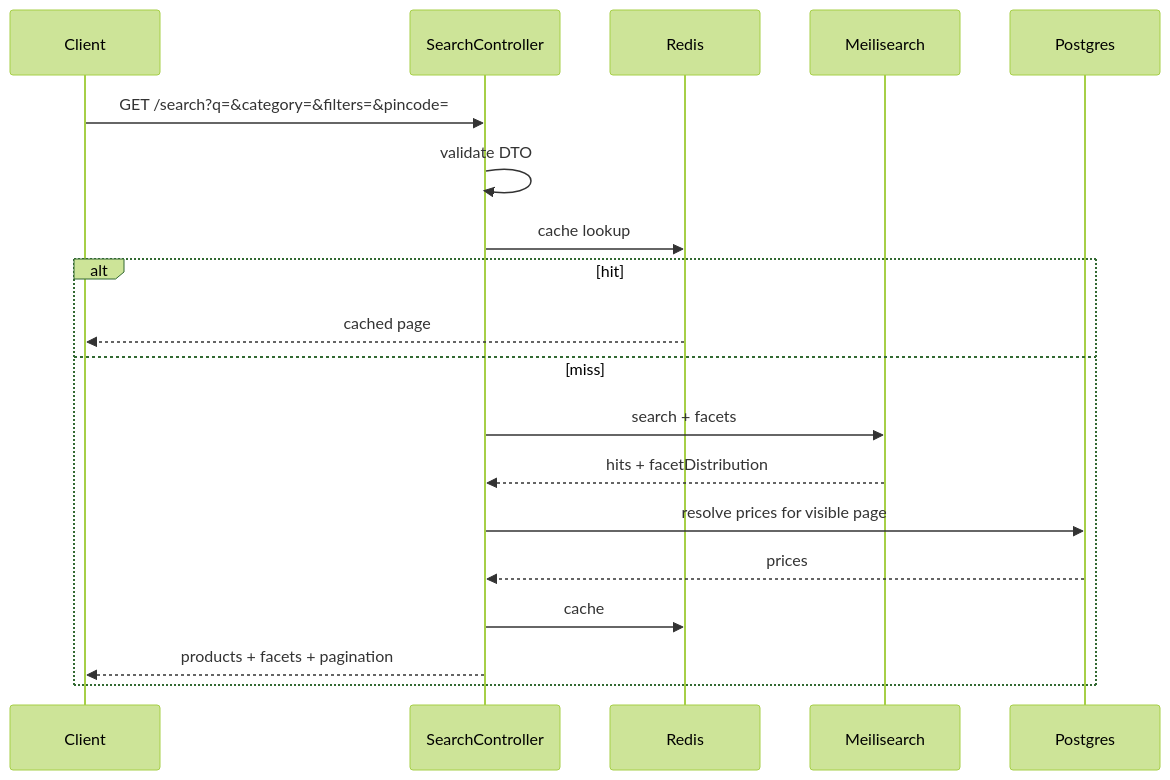
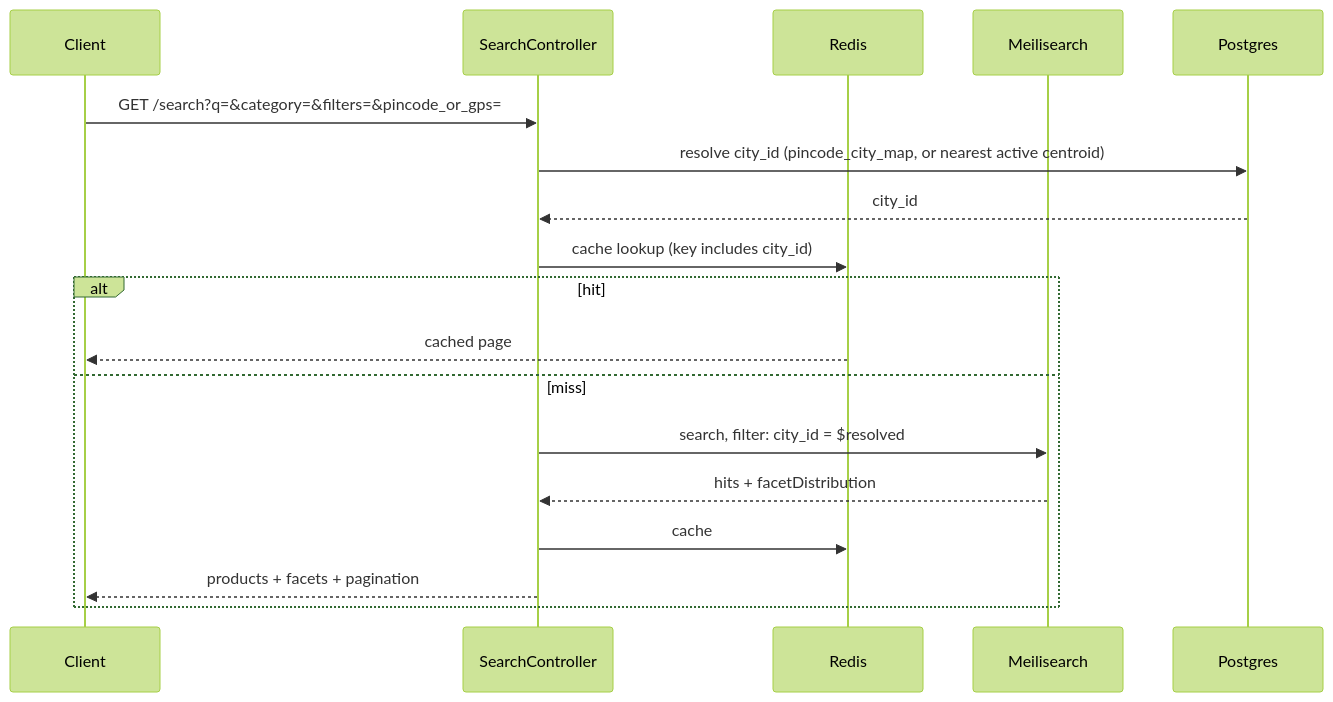
One commit to kailashstoneindia/golden-adobe changed the third of 3 diagrams in docs/search-system-design.md. Above: the diagram before and after it, drawn with Mermaid (forest theme). The commit also changed other lines of this file and 8 other files, not shown here.

````diff
--- a/docs/search-system-design.md
+++ b/docs/search-system-design.md
@@ -357,22 +428,21 @@
 ```mermaid
 sequenceDiagram
   participant C as Client
   participant API as SearchController
   participant R as Redis
   participant MS as Meilisearch
   participant PG as Postgres
 
-  C->>API: GET /search?q=&category=&filters=&pincode=
-  API->>API: validate DTO
-  API->>R: cache lookup
+  C->>API: GET /search?q=&category=&filters=&pincode_or_gps=
+  API->>PG: resolve city_id (pincode_city_map, or nearest active centroid)
+  PG-->>API: city_id
+  API->>R: cache lookup (key includes city_id)
   alt hit
     R-->>C: cached page
   else miss
-    API->>MS: search + facets
+    API->>MS: search, filter: city_id = $resolved
     MS-->>API: hits + facetDistribution
-    API->>PG: resolve prices for visible page
-    PG-->>API: prices
     API->>R: cache
     API-->>C: products + facets + pagination
   end
 ```
````
